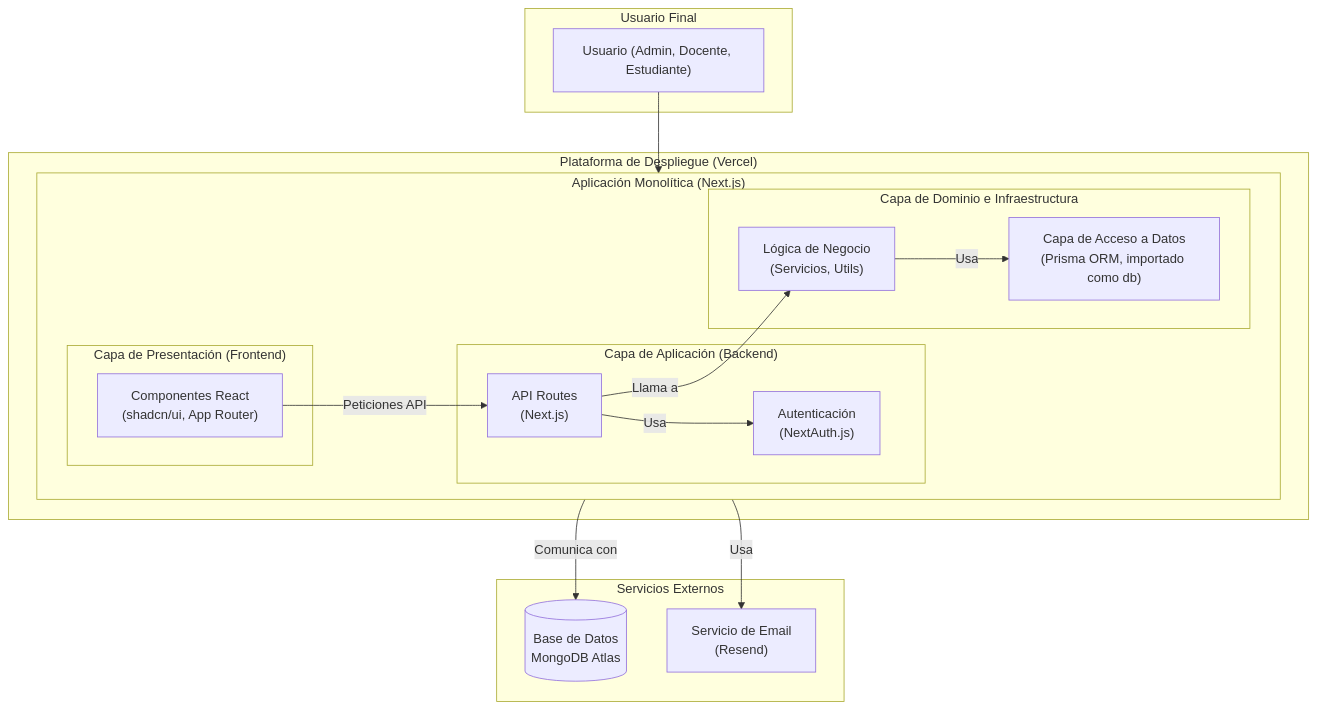
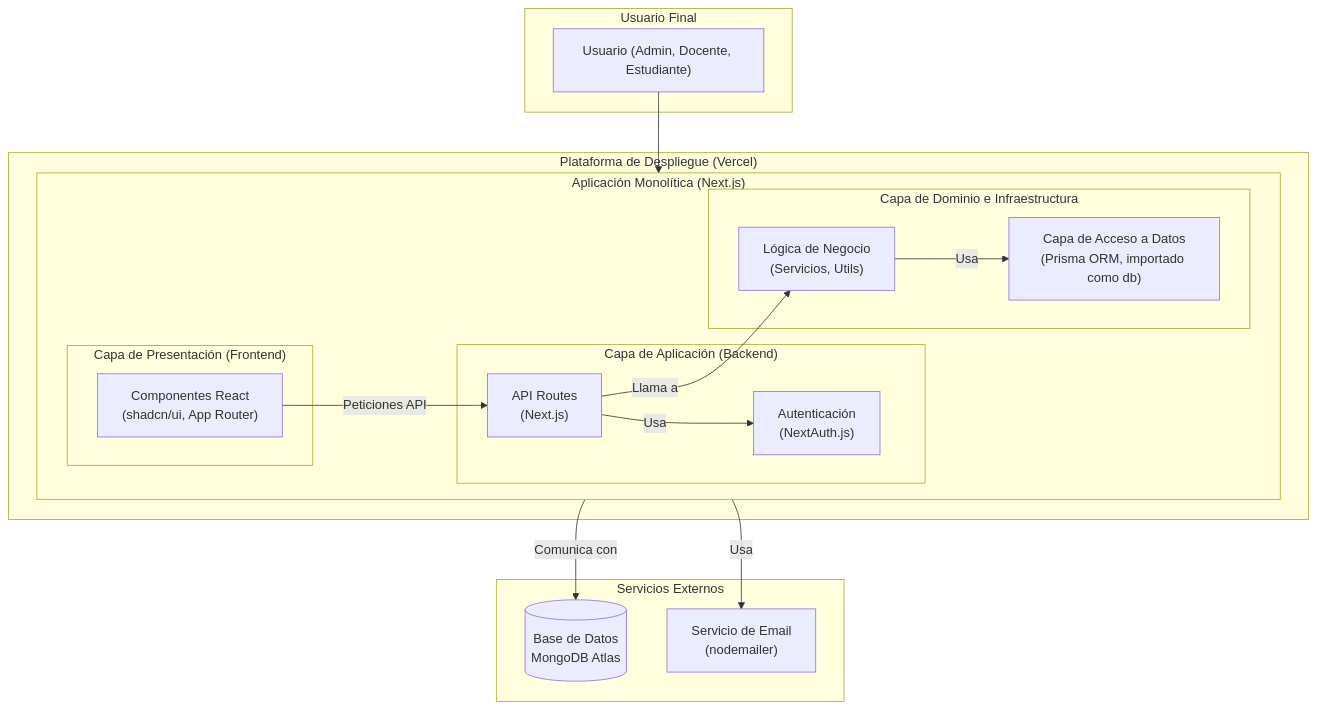
The diagram in docs/architecture/00_ARCHITECTURAL_PATTERN.md (Manuekle/gestion-asistencias-docente), drawn with Mermaid before and after one commit. The commit also changed 19 other files, not shown here.

````diff
--- a/docs/architecture/00_ARCHITECTURAL_PATTERN.md
+++ b/docs/architecture/00_ARCHITECTURAL_PATTERN.md
@@ -18,38 +18,38 @@
 ```mermaid
 graph TD
     subgraph "Usuario Final"
         U["Usuario (Admin, Docente, Estudiante)"]
     end
 
     subgraph "Plataforma de Despliegue (Vercel)"
         subgraph "Aplicación Monolítica (Next.js)"
             direction LR
             subgraph "Capa de Presentación (Frontend)"
                 UI["Componentes React<br/>(shadcn/ui, App Router)"]
             end
 
             subgraph "Capa de Aplicación (Backend)"
                 API["API Routes<br/>(Next.js)"]
                 AUTH["Autenticación<br/>(NextAuth.js)"]
             end
 
             subgraph "Capa de Dominio e Infraestructura"
                 BIZ["Lógica de Negocio<br/>(Servicios, Utils)"]
                 DATA["Capa de Acceso a Datos<br/>(Prisma ORM, importado como db)"]
             end
         end
     end
 
     subgraph "Servicios Externos"
         DB[("Base de Datos<br/>MongoDB Atlas")]
-        MAIL["Servicio de Email<br/>(Resend)"]
+        MAIL["Servicio de Email<br/>(nodemailer)"]
     end
 
     U --> UI
     UI -- Peticiones API --> API
     API -- Usa --> AUTH
     API -- Llama a --> BIZ
     BIZ -- Usa --> DATA
     DATA -- Comunica con --> DB
     BIZ -- Usa --> MAIL
 ```
````
